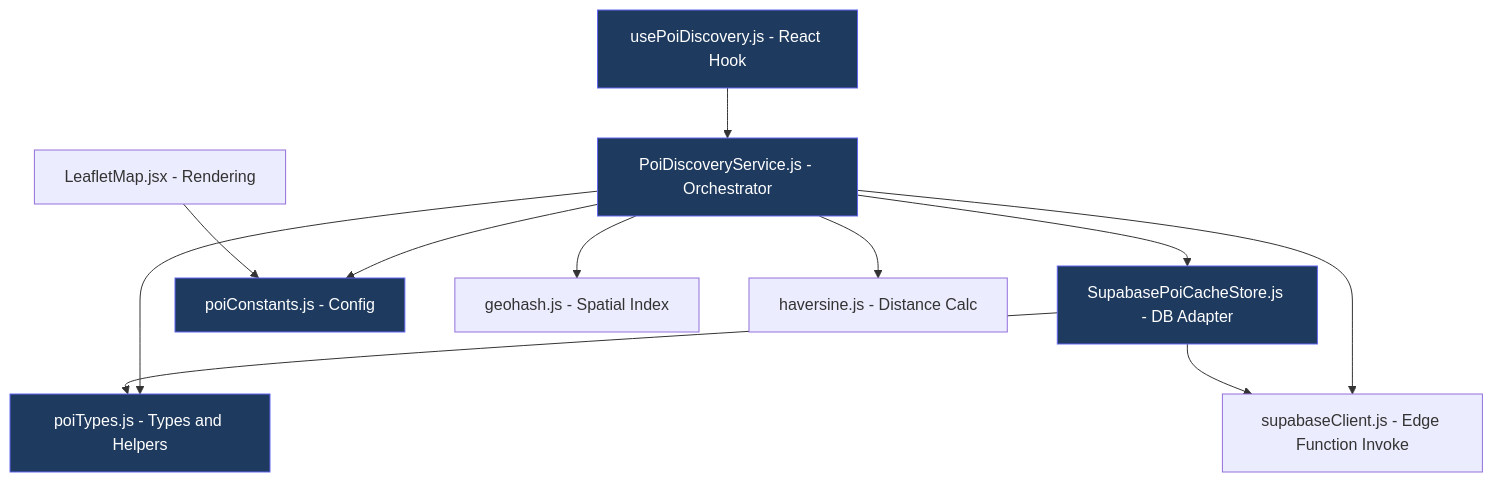
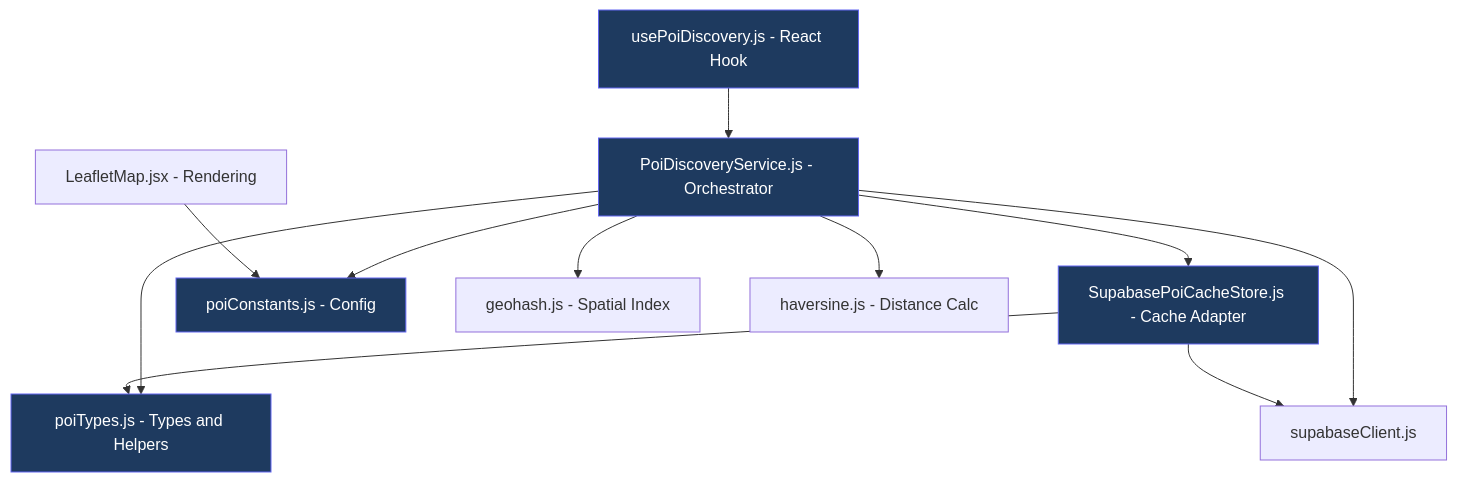
Before and after one commit to debnathkoushik/my-path: the tenth of 11 diagrams in docs/Architecture.md, drawn with Mermaid. The commit also changed other lines of this file and 20 other files, not shown here.

````diff
--- a/docs/Architecture.md
+++ b/docs/Architecture.md
@@ -566,19 +548,19 @@
 ```mermaid
 graph TD
     uPOI["usePoiDiscovery.js - React Hook"] --> PDS["PoiDiscoveryService.js - Orchestrator"]
-    PDS --> SPCS["SupabasePoiCacheStore.js - DB Adapter"]
+    PDS --> SPCS["SupabasePoiCacheStore.js - Cache Adapter"]
     PDS --> pTypes["poiTypes.js - Types and Helpers"]
     PDS --> pConst["poiConstants.js - Config"]
     PDS --> geo["geohash.js - Spatial Index"]
     PDS --> hav["haversine.js - Distance Calc"]
     PDS --> sc["supabaseClient.js - Edge Function Invoke"]
-    SPCS --> sc
+    SPCS --> sc["supabaseClient.js"]
     SPCS --> pTypes
     LM["LeafletMap.jsx - Rendering"] --> pConst
 
     style uPOI fill:#1e3a5f,stroke:#6366f1,color:#fff
     style PDS fill:#1e3a5f,stroke:#6366f1,color:#fff
     style SPCS fill:#1e3a5f,stroke:#6366f1,color:#fff
     style pTypes fill:#1e3a5f,stroke:#6366f1,color:#fff
     style pConst fill:#1e3a5f,stroke:#6366f1,color:#fff
 ```
````
